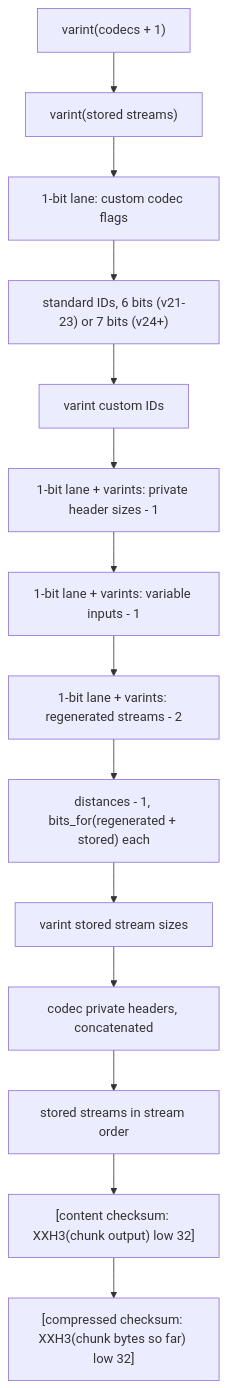
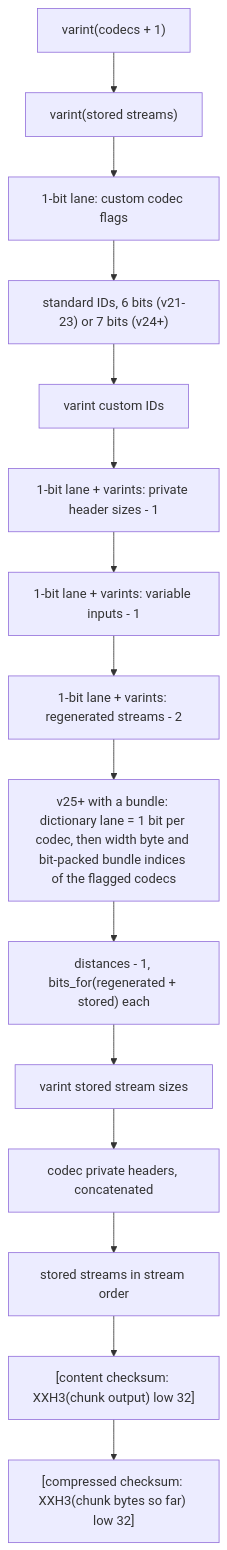
Before and after one commit to M-Compressors/mopenzl: the second of 4 diagrams in architecture/frame-format.md, drawn with Mermaid. The commit also changed other lines of this file and 784 other files, not shown here.

Commit message:
Support graph with all codecs

````diff
--- a/architecture/frame-format.md
+++ b/architecture/frame-format.md
@@ -40,16 +46,17 @@
 ```mermaid
 flowchart TD
     A["varint(codecs + 1)"] --> B["varint(stored streams)"]
     B --> C[1-bit lane: custom codec flags]
     C --> D["standard IDs, 6 bits (v21-23) or 7 bits (v24+)"]
     D --> E[varint custom IDs]
     E --> F["1-bit lane + varints: private header sizes - 1"]
     F --> G["1-bit lane + varints: variable inputs - 1"]
     G --> H["1-bit lane + varints: regenerated streams - 2"]
-    H --> I["distances - 1, bits_for(regenerated + stored) each"]
+    H --> DL["v25+ with a bundle: dictionary lane = 1 bit per codec, then width byte and bit-packed bundle indices of the flagged codecs"]
+    DL --> I["distances - 1, bits_for(regenerated + stored) each"]
     I --> J[varint stored stream sizes]
     J --> K[codec private headers, concatenated]
     K --> L[stored streams in stream order]
     L --> M["[content checksum: XXH3(chunk output) low 32]"]
     M --> N["[compressed checksum: XXH3(chunk bytes so far) low 32]"]
 ```
````
